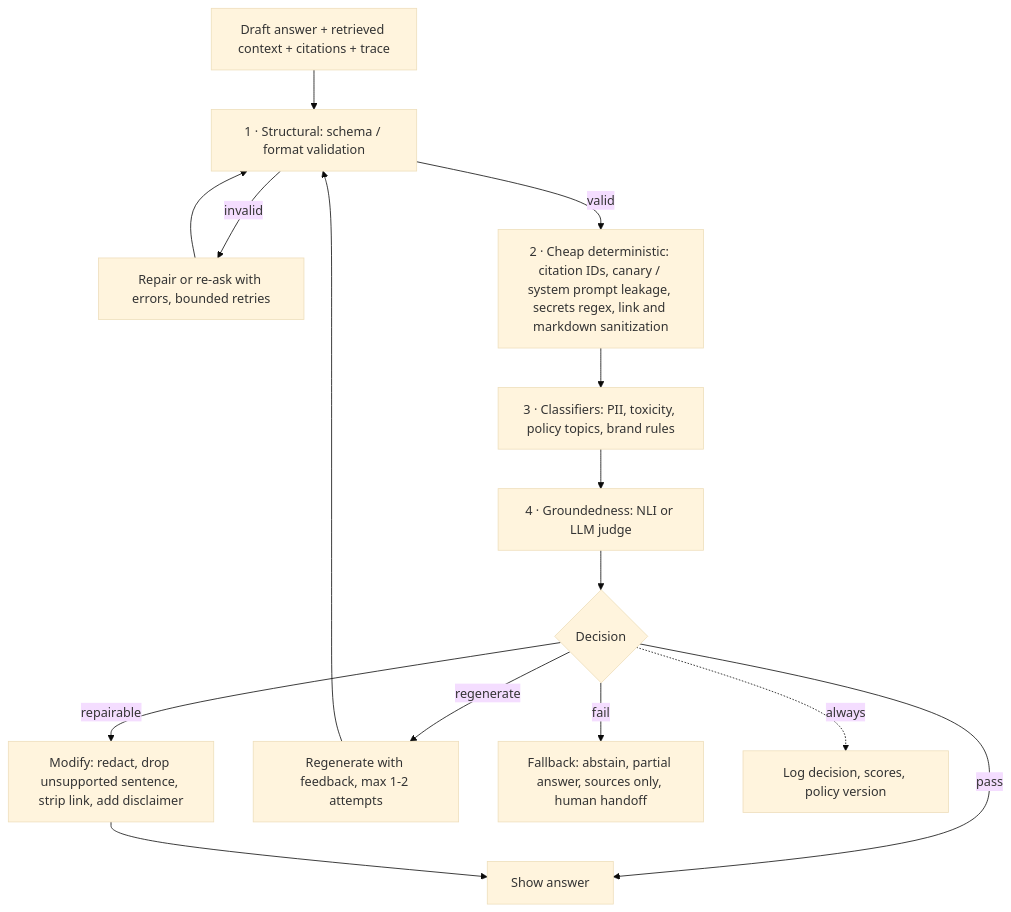
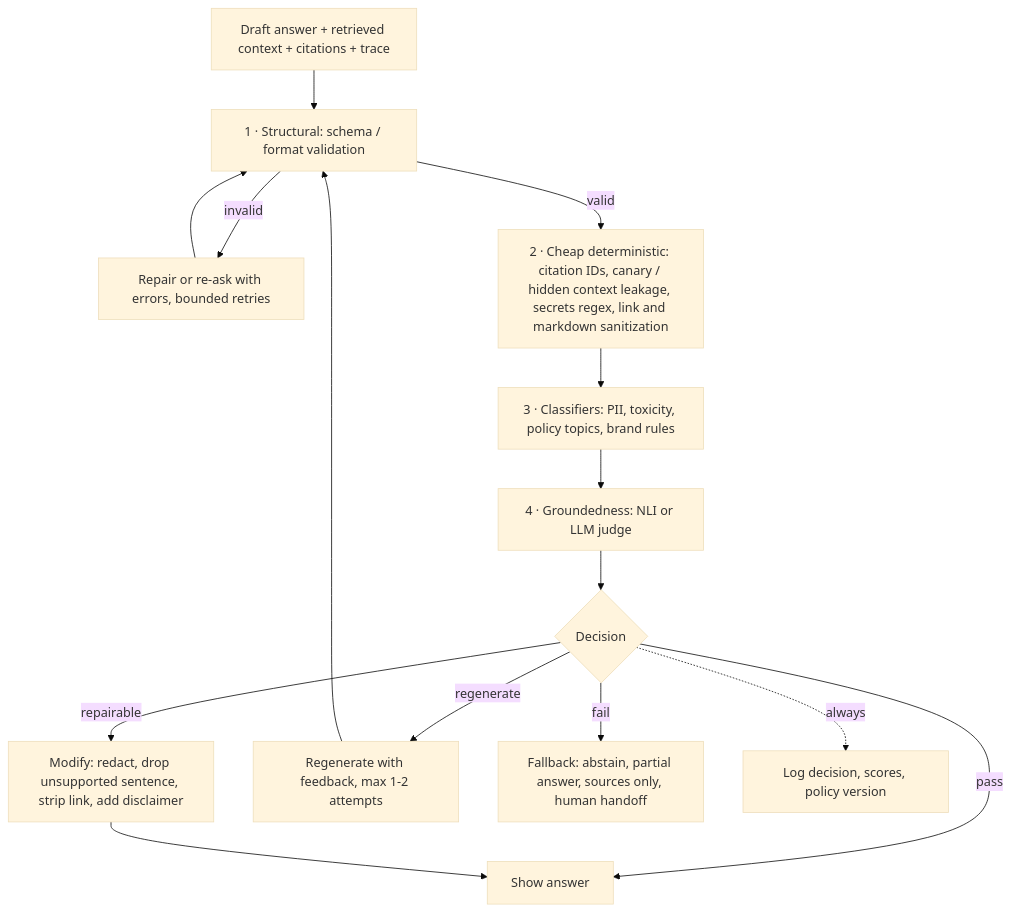
The diagram in research/04-guardrails/04-output-guardrails.md (Sarangk90/awesome-agent-evals-and-guardrails), drawn with Mermaid (base theme) before and after one commit. The commit also changed other lines of this file and 18 other files, not shown here.

````diff
--- a/research/04-guardrails/04-output-guardrails.md
+++ b/research/04-guardrails/04-output-guardrails.md
@@ -22,17 +22,17 @@
 ```mermaid
 flowchart TD
     D["Draft answer + retrieved context + citations + trace"] --> S["1 · Structural: schema / format validation"]
     S -->|invalid| RT["Repair or re-ask with errors, bounded retries"]
     RT --> S
-    S -->|valid| C["2 · Cheap deterministic: citation IDs, canary / system prompt leakage, secrets regex, link and markdown sanitization"]
+    S -->|valid| C["2 · Cheap deterministic: citation IDs, canary / hidden context leakage, secrets regex, link and markdown sanitization"]
     C --> M["3 · Classifiers: PII, toxicity, policy topics, brand rules"]
     M --> G["4 · Groundedness: NLI or LLM judge"]
     G --> DEC{"Decision"}
     DEC -->|pass| OUT["Show answer"]
     DEC -->|repairable| FIX["Modify: redact, drop unsupported sentence, strip link, add disclaimer"]
     FIX --> OUT
     DEC -->|regenerate| RG["Regenerate with feedback, max 1-2 attempts"]
     RG --> S
     DEC -->|fail| FB["Fallback: abstain, partial answer, sources only, human handoff"]
     DEC -.->|always| LOG["Log decision, scores, policy version"]
 ```
````
